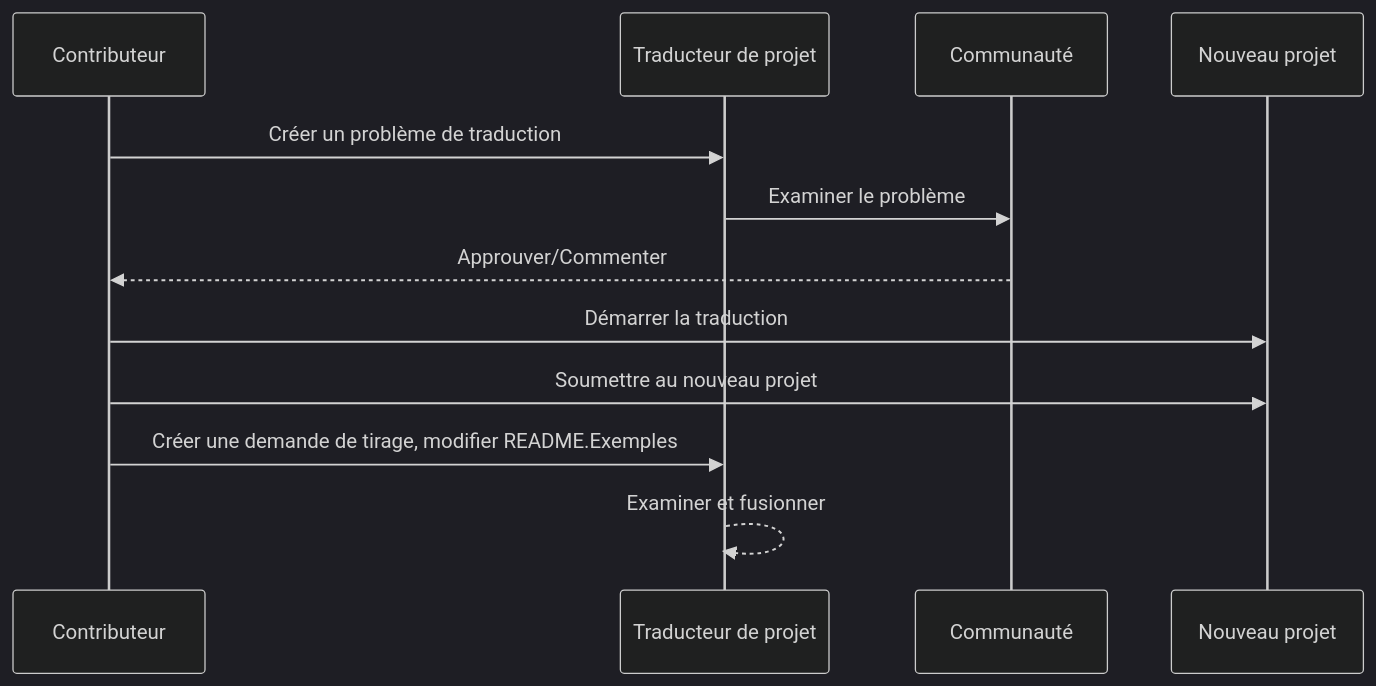
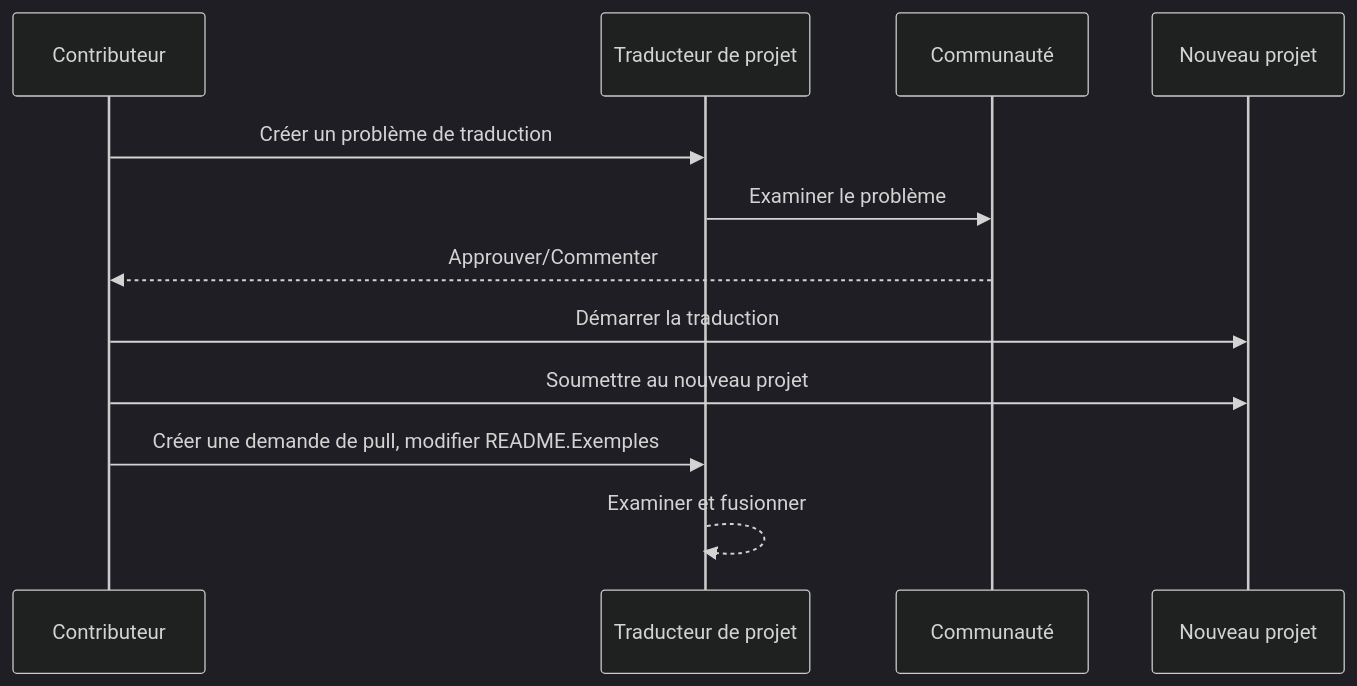
One commit to Project-Translation/project_translator changed the diagram in readmes/README.fr-fr.md. Above: the diagram before and after it, drawn with Mermaid (dark theme). The commit also changed other lines of this file and 36 other files, not shown here.

````diff
--- a/readmes/README.fr-fr.md
+++ b/readmes/README.fr-fr.md
@@ -42,10 +42,10 @@
 ```mermaid
 sequenceDiagram
   Contributeur->>Traducteur de projet: Créer un problème de traduction
   Traducteur de projet->>Communauté: Examiner le problème
   Communauté-->>Contributeur: Approuver/Commenter
   Contributeur->>Nouveau projet: Démarrer la traduction
   Contributeur->>Nouveau projet: Soumettre au nouveau projet
-  Contributeur->>Traducteur de projet: Créer une demande de tirage, modifier README.Exemples
+  Contributeur->>Traducteur de projet: Créer une demande de pull, modifier README.Exemples
   Traducteur de projet-->>Traducteur de projet: Examiner et fusionner
 ```
````
